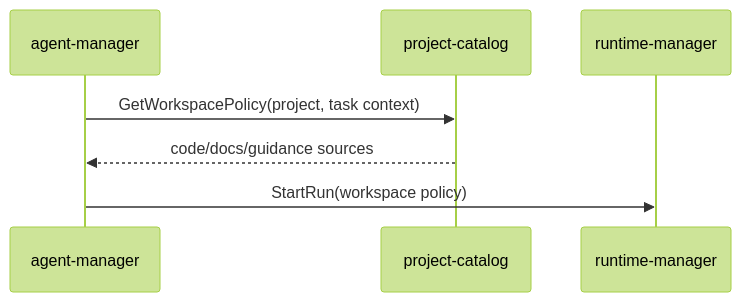
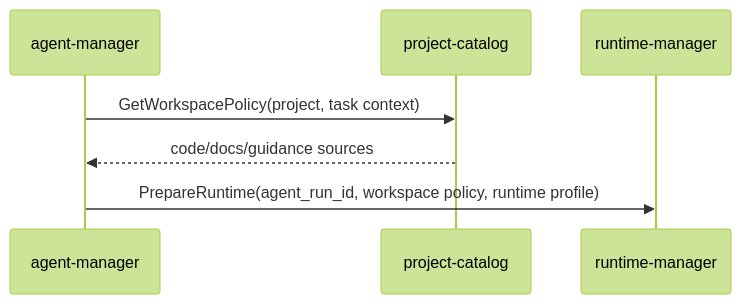
Before and after one commit to codex-k8s/kodex: the third of 3 diagrams in docs/domains/projects-and-repositories/architecture/design.md, drawn with Mermaid (forest theme). The commit also changed 4 other files, not shown here.

````diff
--- a/docs/domains/projects-and-repositories/architecture/design.md
+++ b/docs/domains/projects-and-repositories/architecture/design.md
@@ -114,9 +114,9 @@
 ```mermaid
 sequenceDiagram
   participant AM as agent-manager
   participant P as project-catalog
   participant R as runtime-manager
   AM->>P: GetWorkspacePolicy(project, task context)
   P-->>AM: code/docs/guidance sources
-  AM->>R: StartRun(workspace policy)
+  AM->>R: PrepareRuntime(agent_run_id, workspace policy, runtime profile)
 ```
````
